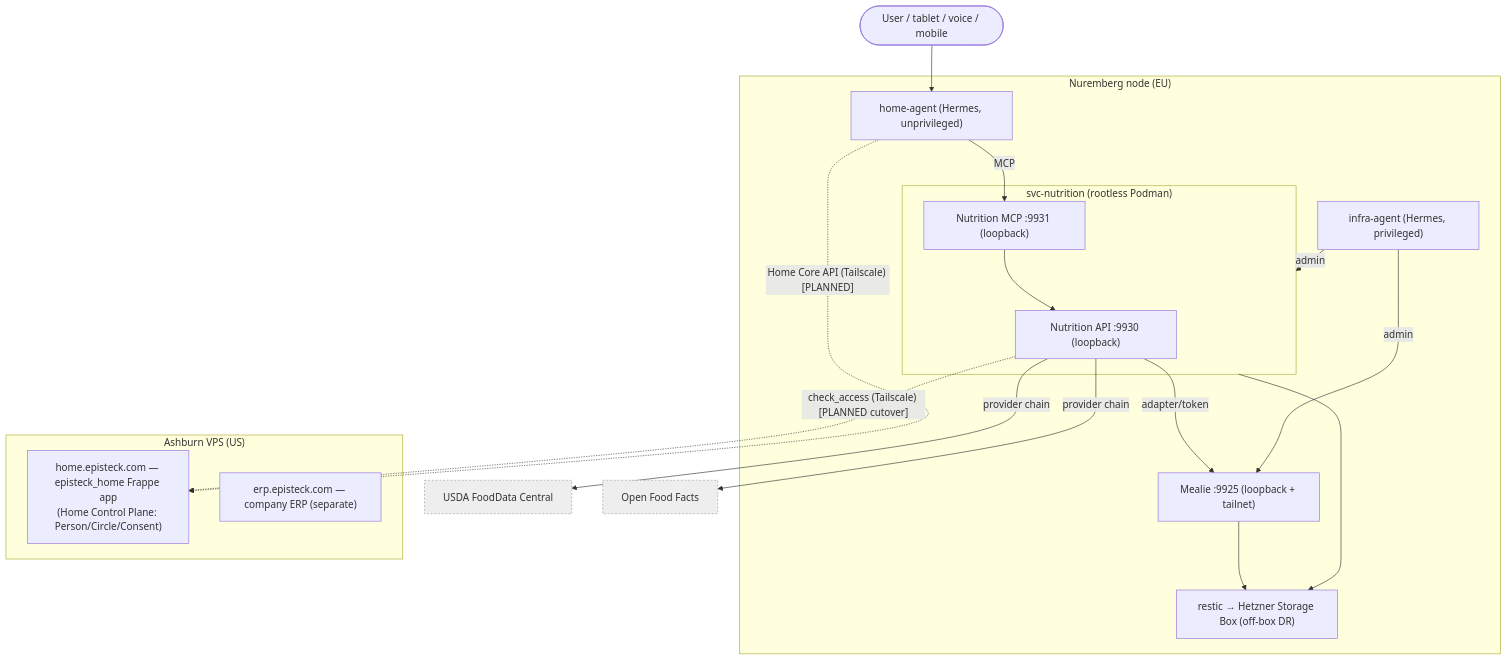
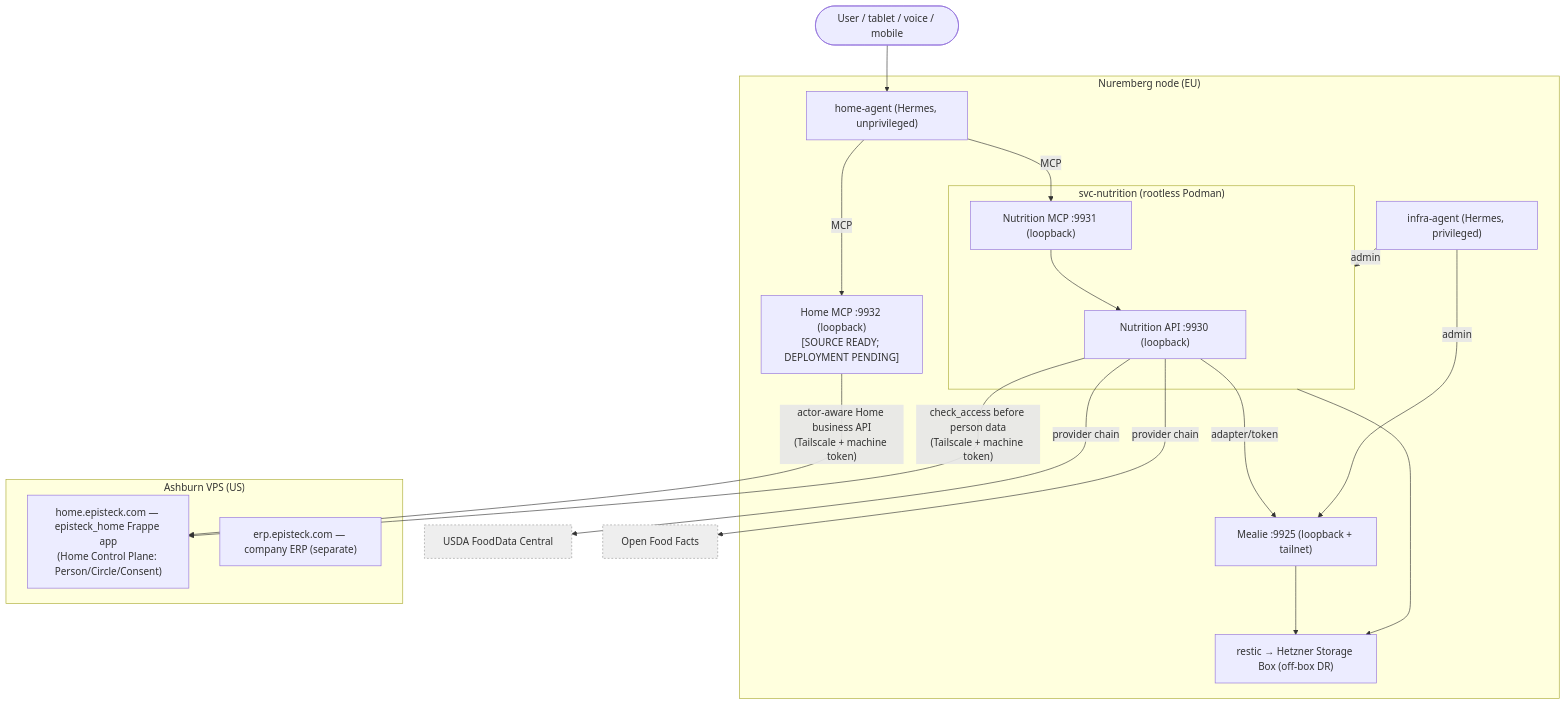
One commit to EKvargas/episteck_home changed the diagram in docs/architecture/ARCHITECTURE.md. Above: the diagram before and after it, drawn with Mermaid. The commit also changed other lines of this file and 7 other files, not shown here.

Commit message:
docs(architecture): record G1.5 security boundaries

````diff
--- a/docs/architecture/ARCHITECTURE.md
+++ b/docs/architecture/ARCHITECTURE.md
@@ -33,38 +33,40 @@
 ```mermaid
 flowchart TB
   user([User / tablet / voice / mobile])
 
   subgraph NBG["Nuremberg node (EU)"]
     HA["home-agent (Hermes, unprivileged)"]
     IA["infra-agent (Hermes, privileged)"]
+    HMCP["Home MCP :9932 (loopback)<br/>[SOURCE READY; DEPLOYMENT PENDING]"]
     subgraph NUT["svc-nutrition (rootless Podman)"]
       NAPI["Nutrition API :9930 (loopback)"]
       NMCP["Nutrition MCP :9931 (loopback)"]
     end
     MEAL["Mealie :9925 (loopback + tailnet)"]
     BKP["restic → Hetzner Storage Box (off-box DR)"]
   end
 
   subgraph ASH["Ashburn VPS (US)"]
     HOME["home.episteck.com — episteck_home Frappe app<br/>(Home Control Plane: Person/Circle/Consent)"]
     ERP["erp.episteck.com — company ERP (separate)"]
   end
 
   FDC["USDA FoodData Central"]:::ext
   OFF["Open Food Facts"]:::ext
 
   user --> HA
+  HA -- MCP --> HMCP
   HA -- MCP --> NMCP
+  HMCP -- "actor-aware Home business API<br/>(Tailscale + machine token)" --> HOME
   NMCP --> NAPI
   NAPI -- adapter/token --> MEAL
   NAPI -- provider chain --> FDC
   NAPI -- provider chain --> OFF
-  NAPI -. "check_access (Tailscale) [PLANNED cutover]" .-> HOME
-  HA -. "Home Core API (Tailscale) [PLANNED]" .-> HOME
+  NAPI -- "check_access before person data<br/>(Tailscale + machine token)" --> HOME
   IA -- admin --> NUT
   IA -- admin --> MEAL
   NUT --> BKP
   MEAL --> BKP
 
   classDef ext fill:#eee,stroke:#999,stroke-dasharray:3 3;
 ```
````
